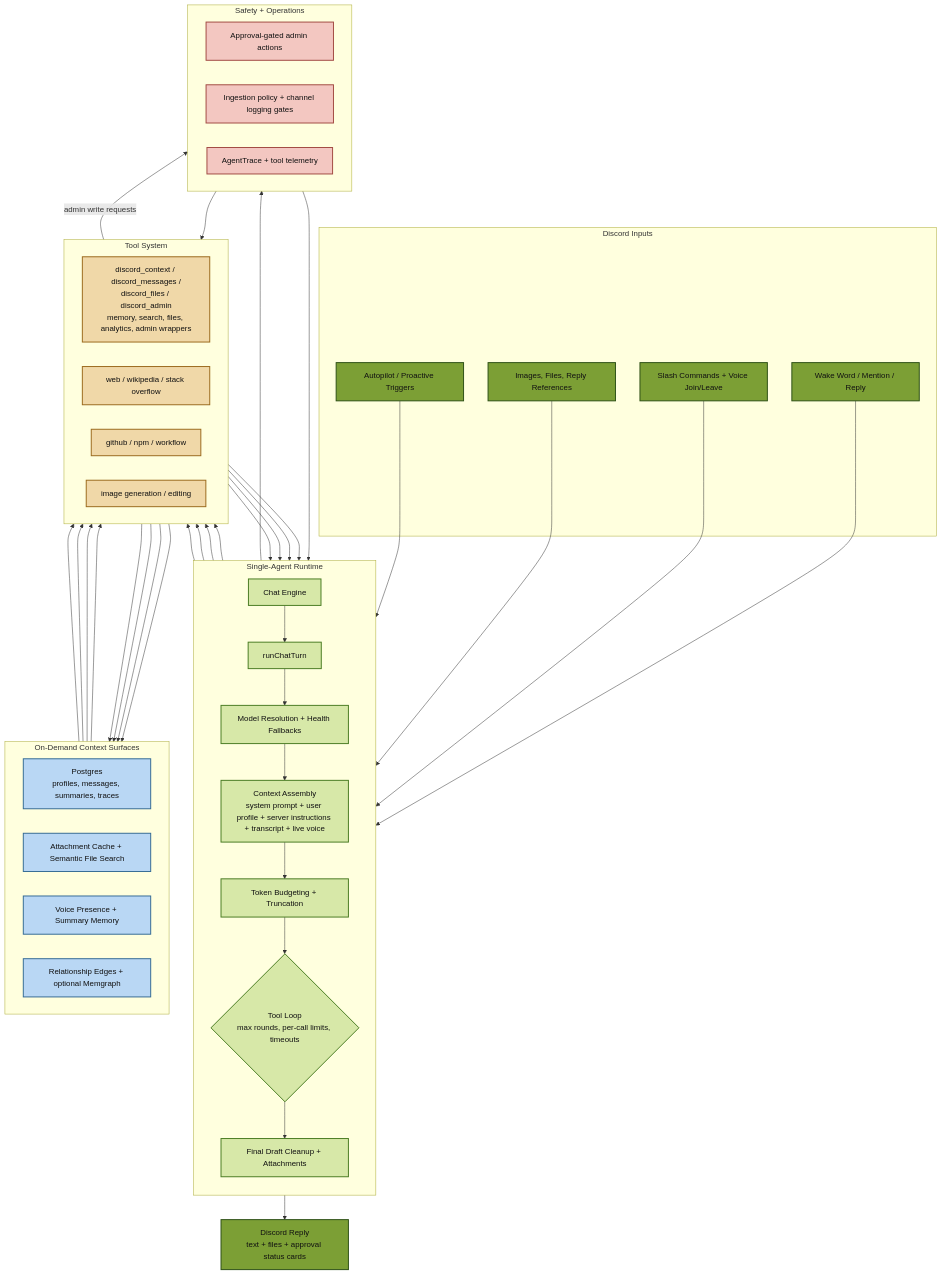
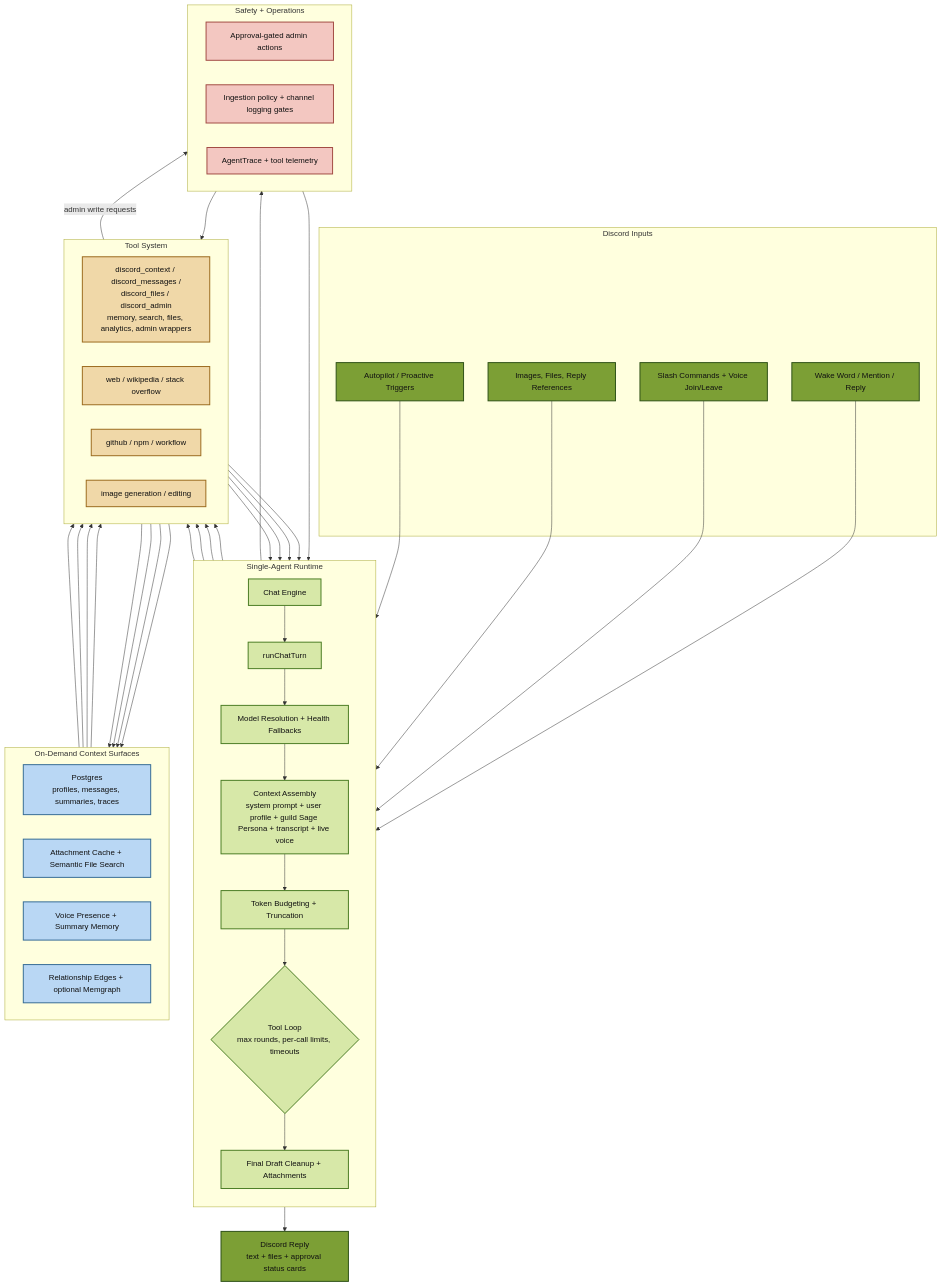
The second of 2 diagrams in README.md (BokX1/Sage), drawn with Mermaid before and after one commit. The commit also changed 42 other files, not shown here.

Commit message:
refactor: harden Sage Persona tool mental model

```diff
--- a/README.md
+++ b/README.md
@@ -208,7 +208,7 @@
         TURN["runChatTurn"]:::runtime
         MODEL["Model Resolution + Health Fallbacks"]:::runtime
         CTX["Context Assembly
-system prompt + user profile + server instructions + transcript + live voice"]:::runtime
+system prompt + user profile + guild Sage Persona + transcript + live voice"]:::runtime
         BUDGET["Token Budgeting + Truncation"]:::runtime
         LOOP{"Tool Loop
 max rounds, per-call limits, timeouts"}:::runtime
```
